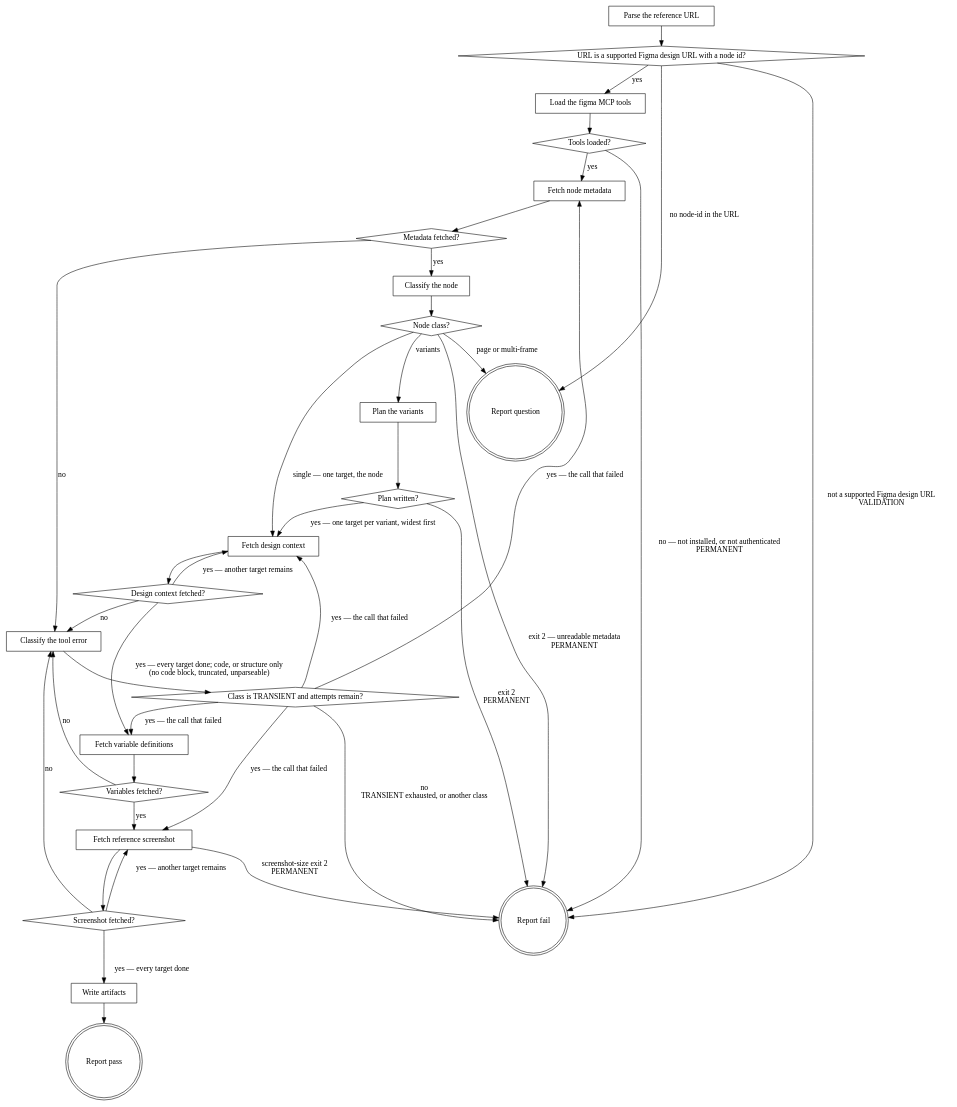
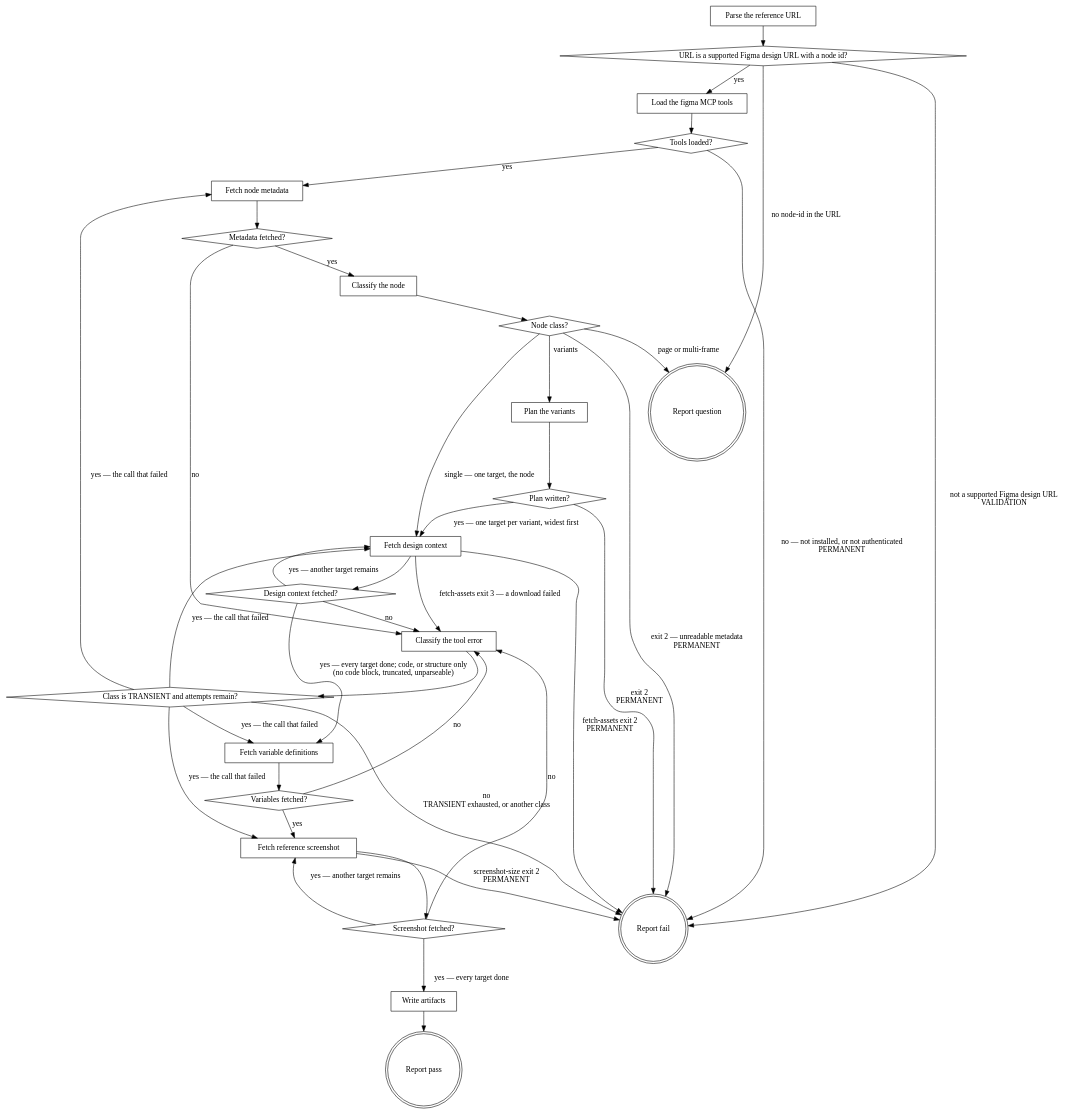
Before and after one commit to agenticDraft/aem-eds-ai-workflow-demo: the diagram in plugins/figma/skills/fetch-reference/SKILL.md, drawn with Graphviz. The commit also changed other lines of this file and 1 other file, not shown here.

First line of the commit message:
fetch-reference downloads every asset its design context references, in the same call

````diff
--- a/plugins/figma/skills/fetch-reference/SKILL.md
+++ b/plugins/figma/skills/fetch-reference/SKILL.md
@@ -41,64 +41,66 @@
 ```dot
 digraph fetch_reference {
     "Parse the reference URL" [shape=box];
     "URL is a supported Figma design URL with a node id?" [shape=diamond];
     "Load the figma MCP tools" [shape=box];
     "Tools loaded?" [shape=diamond];
     "Fetch node metadata" [shape=box];
     "Metadata fetched?" [shape=diamond];
     "Classify the node" [shape=box];
     "Node class?" [shape=diamond];
     "Plan the variants" [shape=box];
     "Plan written?" [shape=diamond];
     "Fetch design context" [shape=box];
     "Design context fetched?" [shape=diamond];
     "Fetch variable definitions" [shape=box];
     "Variables fetched?" [shape=diamond];
     "Fetch reference screenshot" [shape=box];
     "Screenshot fetched?" [shape=diamond];
     "Classify the tool error" [shape=box];
     "Class is TRANSIENT and attempts remain?" [shape=diamond];
     "Write artifacts" [shape=box];
     "Report pass" [shape=doublecircle];
     "Report fail" [shape=doublecircle];
     "Report question" [shape=doublecircle];
 
     "Parse the reference URL" -> "URL is a supported Figma design URL with a node id?";
     "URL is a supported Figma design URL with a node id?" -> "Load the figma MCP tools" [label="yes"];
     "URL is a supported Figma design URL with a node id?" -> "Report question" [label="no node-id in the URL"];
     "URL is a supported Figma design URL with a node id?" -> "Report fail" [label="not a supported Figma design URL\nVALIDATION"];
     "Load the figma MCP tools" -> "Tools loaded?";
     "Tools loaded?" -> "Fetch node metadata" [label="yes"];
     "Tools loaded?" -> "Report fail" [label="no — not installed, or not authenticated\nPERMANENT"];
     "Fetch node metadata" -> "Metadata fetched?";
     "Metadata fetched?" -> "Classify the node" [label="yes"];
     "Classify the node" -> "Node class?";
     "Node class?" -> "Fetch design context" [label="single — one target, the node"];
     "Node class?" -> "Plan the variants" [label="variants"];
     "Node class?" -> "Report question" [label="page or multi-frame"];
     "Node class?" -> "Report fail" [label="exit 2 — unreadable metadata\nPERMANENT"];
     "Plan the variants" -> "Plan written?";
     "Plan written?" -> "Fetch design context" [label="yes — one target per variant, widest first"];
     "Plan written?" -> "Report fail" [label="exit 2\nPERMANENT"];
     "Metadata fetched?" -> "Classify the tool error" [label="no"];
     "Fetch design context" -> "Design context fetched?";
     "Design context fetched?" -> "Fetch design context" [label="yes — another target remains"];
     "Design context fetched?" -> "Fetch variable definitions" [label="yes — every target done; code, or structure only\n(no code block, truncated, unparseable)"];
     "Design context fetched?" -> "Classify the tool error" [label="no"];
+    "Fetch design context" -> "Report fail" [label="fetch-assets exit 2\nPERMANENT"];
+    "Fetch design context" -> "Classify the tool error" [label="fetch-assets exit 3 — a download failed"];
     "Fetch variable definitions" -> "Variables fetched?";
     "Variables fetched?" -> "Fetch reference screenshot" [label="yes"];
     "Variables fetched?" -> "Classify the tool error" [label="no"];
     "Fetch reference screenshot" -> "Screenshot fetched?";
     "Screenshot fetched?" -> "Fetch reference screenshot" [label="yes — another target remains"];
     "Screenshot fetched?" -> "Write artifacts" [label="yes — every target done"];
     "Screenshot fetched?" -> "Classify the tool error" [label="no"];
     "Fetch reference screenshot" -> "Report fail" [label="screenshot-size exit 2\nPERMANENT"];
     "Classify the tool error" -> "Class is TRANSIENT and attempts remain?";
     "Class is TRANSIENT and attempts remain?" -> "Fetch node metadata" [label="yes — the call that failed"];
     "Class is TRANSIENT and attempts remain?" -> "Fetch design context" [label="yes — the call that failed"];
     "Class is TRANSIENT and attempts remain?" -> "Fetch variable definitions" [label="yes — the call that failed"];
     "Class is TRANSIENT and attempts remain?" -> "Fetch reference screenshot" [label="yes — the call that failed"];
     "Class is TRANSIENT and attempts remain?" -> "Report fail" [label="no\nTRANSIENT exhausted, or another class"];
     "Write artifacts" -> "Report pass";
 }
 ```
````
